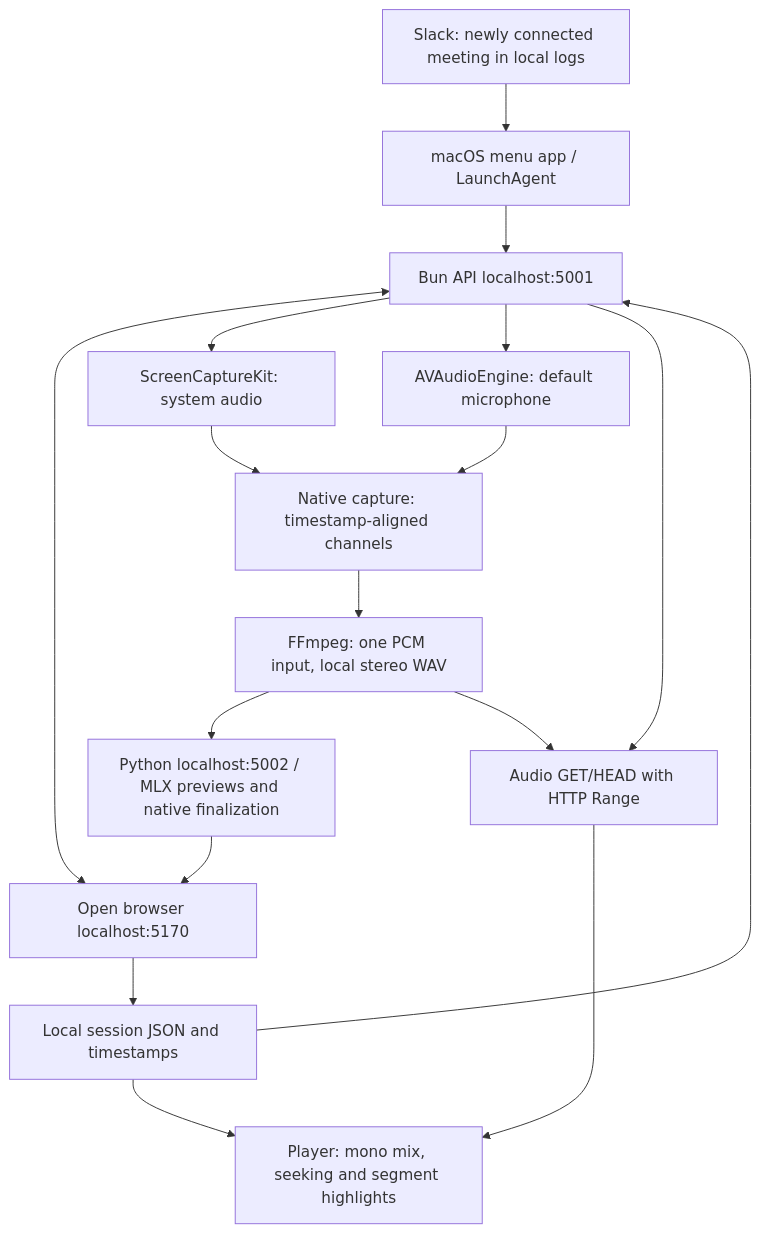
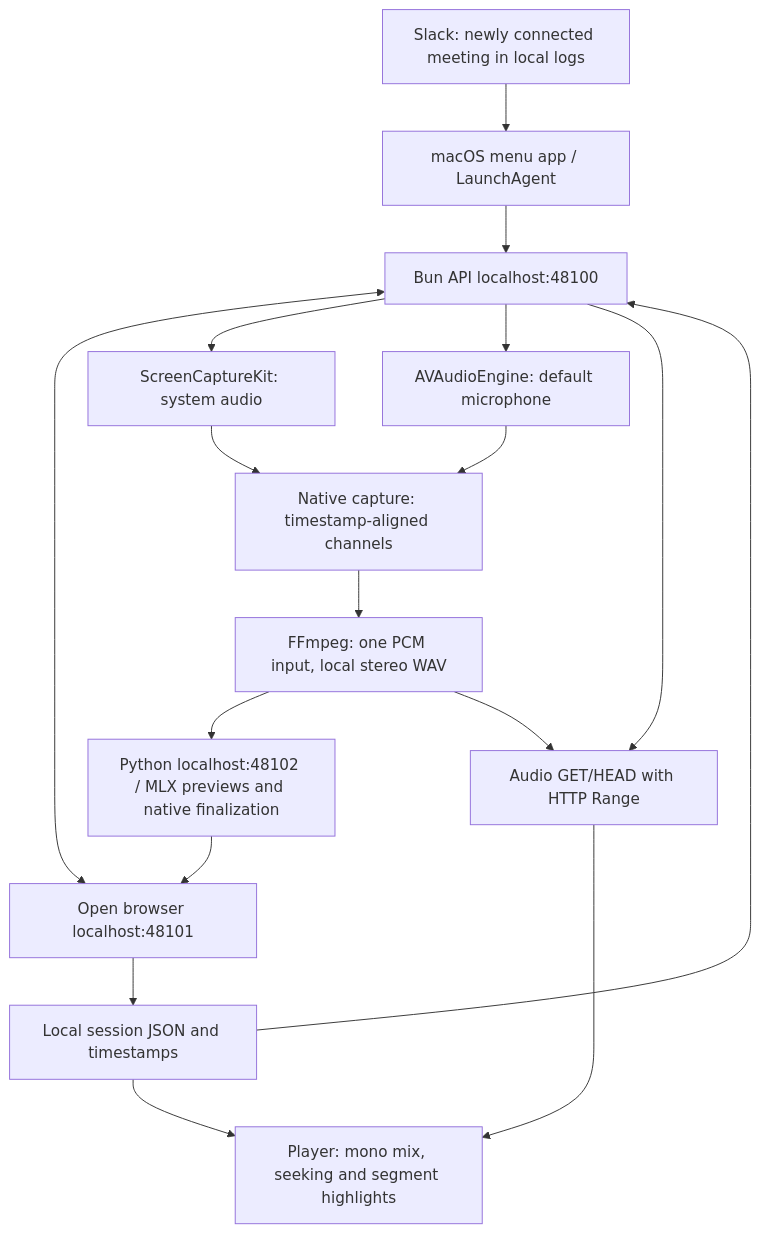
Before and after one commit to augustocbx/heed-macos: the diagram in README.md, drawn with Mermaid. The commit also changed other lines of this file and 46 other files, not shown here.

````diff
--- a/README.md
+++ b/README.md
@@ -129,19 +129,19 @@
 ```mermaid
 flowchart TD
     S[Slack: newly connected meeting in local logs] --> A[macOS menu app / LaunchAgent]
-    A --> B[Bun API localhost:5001]
-    B <--> C[Open browser localhost:5170]
+    A --> B[Bun API localhost:48100]
+    B <--> C[Open browser localhost:48101]
     B --> D[ScreenCaptureKit: system audio]
     B --> E[AVAudioEngine: default microphone]
     D --> K[Native capture: timestamp-aligned channels]
     E --> K
     K --> F[FFmpeg: one PCM input, local stereo WAV]
-    F --> G[Python localhost:5002 / MLX previews and native finalization]
+    F --> G[Python localhost:48102 / MLX previews and native finalization]
     G --> C
     C --> H[Local session JSON and timestamps]
     H --> B
     F --> I[Audio GET/HEAD with HTTP Range]
     B --> I
     I --> J[Player: mono mix, seeking and segment highlights]
     H --> J
 ```
````
